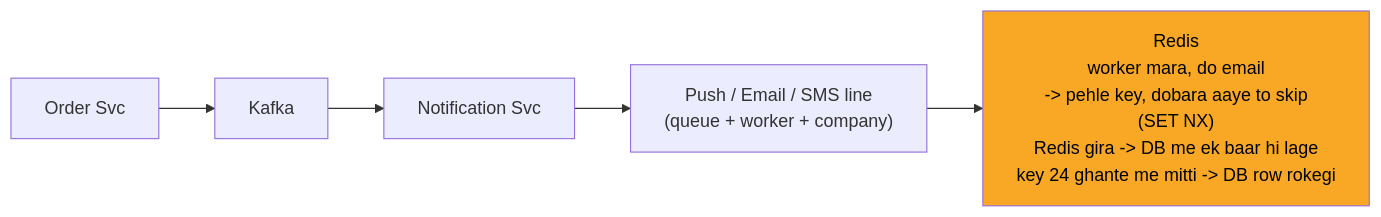
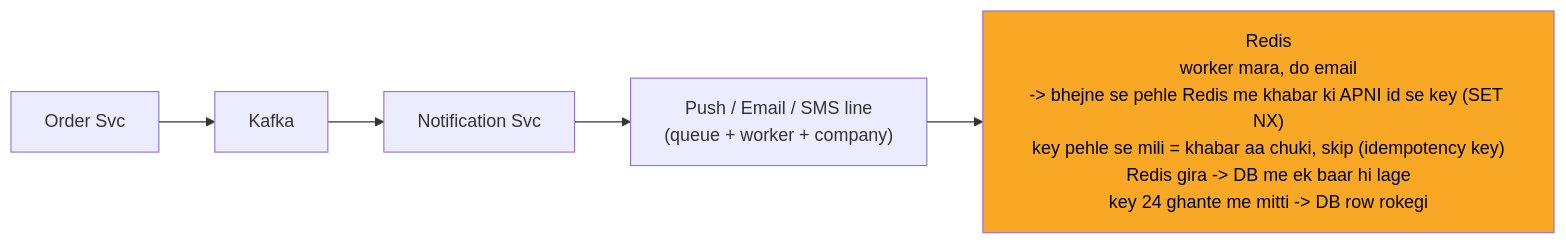
The fourth of 13 diagrams in 04_HLD/SYSTEM_DESIGNS/04_notification_system/04_notification_system.md (ArpanMaheshwari144/Prep), drawn with Mermaid before and after one commit. The commit also changed other lines of this file and 13 other files, not shown here.

````diff
--- a/04_HLD/SYSTEM_DESIGNS/04_notification_system/04_notification_system.md
+++ b/04_HLD/SYSTEM_DESIGNS/04_notification_system/04_notification_system.md
@@ -175,14 +179,14 @@
 ```mermaid
 %%{init: {"flowchart": {"wrappingWidth": 450}}}%%
 flowchart LR
     n_Order_Svc["Order Svc"]
     n_Kafka["Kafka"]
     n_Notification_Svc["Notification Svc"]
     n_LINES["Push / Email / SMS line<br/>(queue + worker + company)"]
-    n_Redis["Redis<br/>worker mara, do email<br/>-> pehle key, dobara aaye to skip<br/>(SET NX)<br/>Redis gira -> DB me ek baar hi lage<br/>key 24 ghante me mitti -> DB row rokegi"]
+    n_Redis["Redis<br/>worker mara, do email<br/>-> bhejne se pehle Redis me khabar ki APNI id se key (SET NX)<br/>key pehle se mili = khabar aa chuki, skip (idempotency key)<br/>Redis gira -> DB me ek baar hi lage<br/>key 24 ghante me mitti -> DB row rokegi"]
     n_Order_Svc --> n_Kafka
     n_Kafka --> n_Notification_Svc
     n_Notification_Svc --> n_LINES
     n_LINES --> n_Redis
     style n_Redis fill:#f9a825,color:#000
 ```
````
